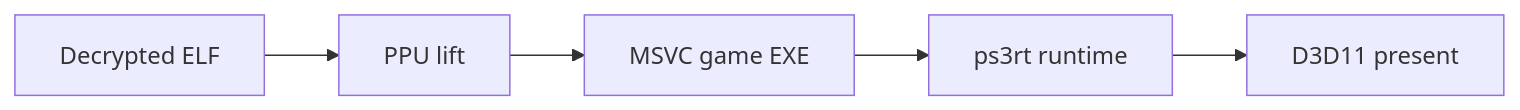
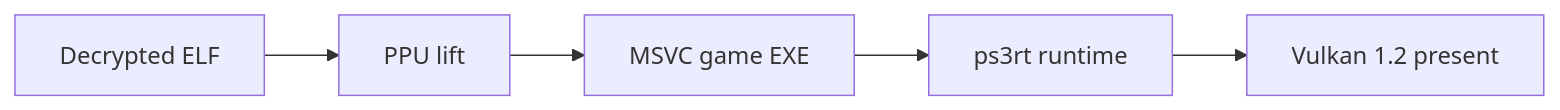
One commit to NotY215/PPSX33 changed the diagram in README.md. Above: the diagram before and after it, drawn with Mermaid. The commit also changed other lines of this file and 13 other files, not shown here.

````diff
--- a/README.md
+++ b/README.md
@@ -119,7 +119,7 @@
 ```mermaid
 flowchart LR
   ELF[Decrypted ELF] --> Lift[PPU lift]
   Lift --> Build[MSVC game EXE]
   Build --> RT[ps3rt runtime]
-  RT --> D3D[D3D11 present]
+  RT --> VK[Vulkan 1.2 present]
 ```
````
